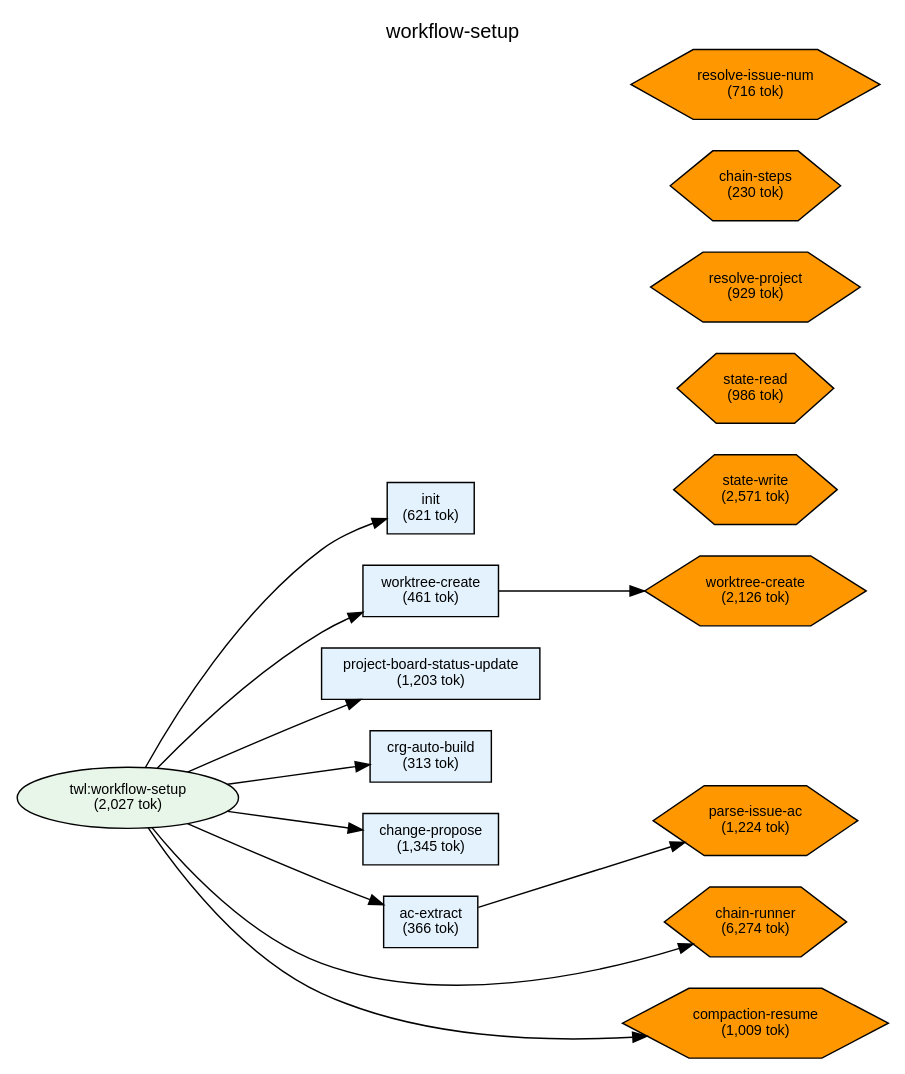
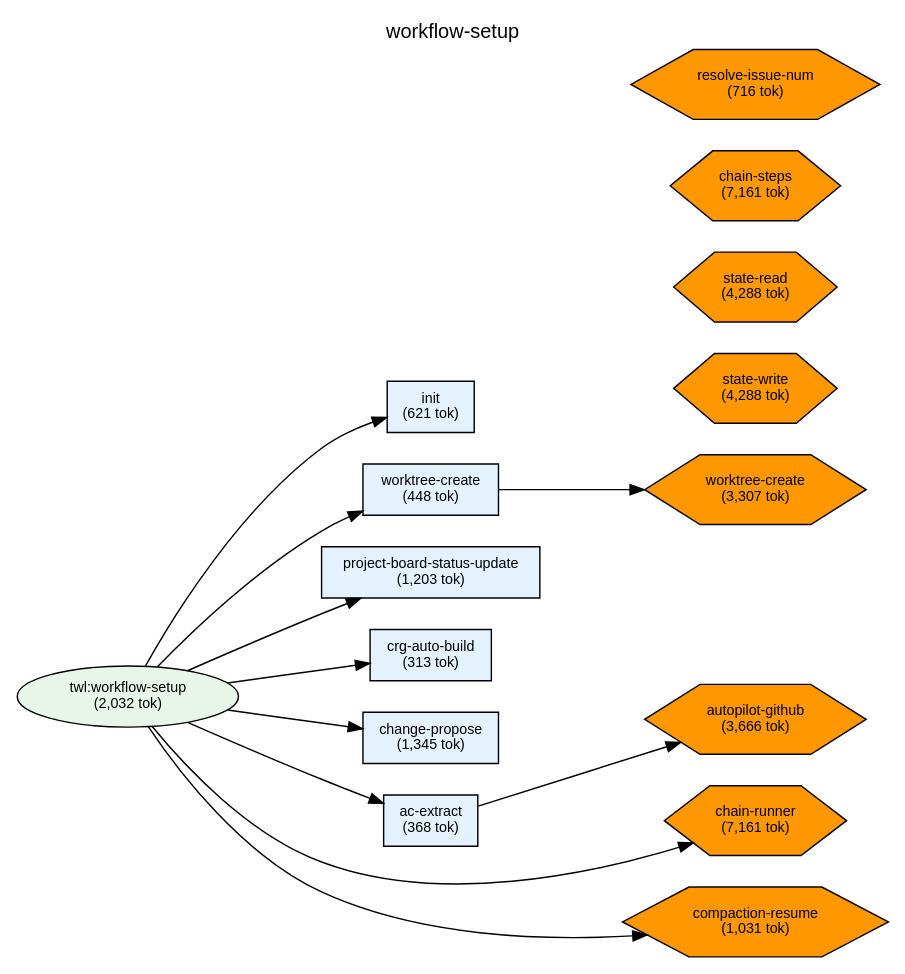
The diagram in plugins/twl/docs/deps-workflow-setup.dot (shuu5/twill), drawn with Graphviz before and after one commit. The commit also changed 23 other files, not shown here.

First line of the commit message:
feat(plugins-twl): workflow-self-improve 新設 + co-autopilot calls 削減

```diff
--- a/plugins/twl/docs/deps-workflow-setup.dot
+++ b/plugins/twl/docs/deps-workflow-setup.dot
@@ -1,79 +1,78 @@
 digraph Dependencies {
     // Graph settings
     rankdir=LR;
     ranksep=0.8;
     nodesep=0.3;
     fontname="Helvetica";
     node [fontname="Helvetica", fontsize=10];
     edge [fontname="Helvetica", fontsize=9];
     label="workflow-setup";
     labelloc=t;
     fontsize=14;
 
     // L0: Controller Skills
 
     // L0: Launchers
 
     // L0.5: Workflow Skills
-    skill_workflow_setup [label="twl:workflow-setup\n(2,027 tok)", shape=ellipse, style=filled, fillcolor="#e8f5e9"];
+    skill_workflow_setup [label="twl:workflow-setup\n(2,032 tok)", shape=ellipse, style=filled, fillcolor="#e8f5e9"];
 
     // Reference Skills
 
     // L1: Direct Commands
     cmd_init [label="init\n(621 tok)", shape=box, style=filled, fillcolor="#e3f2fd"];
-    cmd_worktree_create [label="worktree-create\n(461 tok)", shape=box, style=filled, fillcolor="#e3f2fd"];
+    cmd_worktree_create [label="worktree-create\n(448 tok)", shape=box, style=filled, fillcolor="#e3f2fd"];
     cmd_project_board_status_update [label="project-board-status-update\n(1,203 tok)", shape=box, style=filled, fillcolor="#e3f2fd"];
     cmd_crg_auto_build [label="crg-auto-build\n(313 tok)", shape=box, style=filled, fillcolor="#e3f2fd"];
     cmd_change_propose [label="change-propose\n(1,345 tok)", shape=box, style=filled, fillcolor="#e3f2fd"];
-    cmd_ac_extract [label="ac-extract\n(366 tok)", shape=box, style=filled, fillcolor="#e3f2fd"];
+    cmd_ac_extract [label="ac-extract\n(368 tok)", shape=box, style=filled, fillcolor="#e3f2fd"];
 
     // L2: Sub Commands
 
     // L3: Agents
 
     // L3.5: Scripts
-    script_state_read [label="state-read\n(986 tok)", shape=hexagon, style=filled, fillcolor="#FF9800"];
-    script_state_write [label="state-write\n(2,571 tok)", shape=hexagon, style=filled, fillcolor="#FF9800"];
-    script_resolve_project [label="resolve-project\n(929 tok)", shape=hexagon, style=filled, fillcolor="#FF9800"];
-    script_chain_runner [label="chain-runner\n(6,274 tok)", shape=hexagon, style=filled, fillcolor="#FF9800"];
-    script_worktree_create [label="worktree-create\n(2,126 tok)", shape=hexagon, style=filled, fillcolor="#FF9800"];
-    script_parse_issue_ac [label="parse-issue-ac\n(1,224 tok)", shape=hexagon, style=filled, fillcolor="#FF9800"];
-    script_chain_steps [label="chain-steps\n(230 tok)", shape=hexagon, style=filled, fillcolor="#FF9800"];
-    script_compaction_resume [label="compaction-resume\n(1,009 tok)", shape=hexagon, style=filled, fillcolor="#FF9800"];
+    script_state_read [label="state-read\n(4,288 tok)", shape=hexagon, style=filled, fillcolor="#FF9800"];
+    script_state_write [label="state-write\n(4,288 tok)", shape=hexagon, style=filled, fillcolor="#FF9800"];
+    script_chain_runner [label="chain-runner\n(7,161 tok)", shape=hexagon, style=filled, fillcolor="#FF9800"];
+    script_worktree_create [label="worktree-create\n(3,307 tok)", shape=hexagon, style=filled, fillcolor="#FF9800"];
+    script_autopilot_github [label="autopilot-github\n(3,666 tok)", shape=hexagon, style=filled, fillcolor="#FF9800"];
+    script_chain_steps [label="chain-steps\n(7,161 tok)", shape=hexagon, style=filled, fillcolor="#FF9800"];
+    script_compaction_resume [label="compaction-resume\n(1,031 tok)", shape=hexagon, style=filled, fillcolor="#FF9800"];
     script_resolve_issue_num [label="resolve-issue-num\n(716 tok)", shape=hexagon, style=filled, fillcolor="#FF9800"];
 
     // L4: External
 
     // Layer constraints
     { rank=same; skill_workflow_setup; }
     { rank=same; cmd_init; cmd_worktree_create; cmd_project_board_status_update; cmd_crg_auto_build; cmd_change_propose; cmd_ac_extract; }
-    { rank=same; script_state_read; script_state_write; script_resolve_project; script_chain_runner; script_worktree_create; script_parse_issue_ac; script_chain_steps; script_compaction_resume; script_resolve_issue_num; }
+    { rank=same; script_state_read; script_state_write; script_chain_runner; script_worktree_create; script_autopilot_github; script_chain_steps; script_compaction_resume; script_resolve_issue_num; }
 
     // Edges
     skill_workflow_setup -> cmd_init;
     skill_workflow_setup -> cmd_worktree_create;
     skill_workflow_setup -> cmd_project_board_status_update;
     skill_workflow_setup -> cmd_crg_auto_build;
     skill_workflow_setup -> cmd_change_propose;
     skill_workflow_setup -> cmd_ac_extract;
     skill_workflow_setup -> script_chain_runner;
     skill_workflow_setup -> script_compaction_resume;
     cmd_worktree_create -> script_worktree_create;
-    cmd_ac_extract -> script_parse_issue_ac;
+    cmd_ac_extract -> script_autopilot_github;
 
     // Ordering constraints (invisible edges)
     cmd_init -> cmd_worktree_create [style=invis, weight=10];
     cmd_worktree_create -> cmd_project_board_status_update [style=invis, weight=10];
     cmd_project_board_status_update -> cmd_crg_auto_build [style=invis, weight=10];
     cmd_crg_auto_build -> cmd_change_propose [style=invis, weight=10];
     cmd_change_propose -> cmd_ac_extract [style=invis, weight=10];
     cmd_ac_extract -> script_chain_runner [style=invis, weight=10];
     script_chain_runner -> script_compaction_resume [style=invis, weight=10];
     script_chain_runner -> script_compaction_resume [style=invis, weight=10];
     script_chain_runner -> script_compaction_resume [style=invis, weight=10];
     script_chain_runner -> script_compaction_resume [style=invis, weight=10];
     script_state_read -> script_state_write [style=invis, weight=10];
     script_state_read -> script_state_write [style=invis, weight=10];
     script_state_read -> script_state_write [style=invis, weight=10];
 
 }
```
